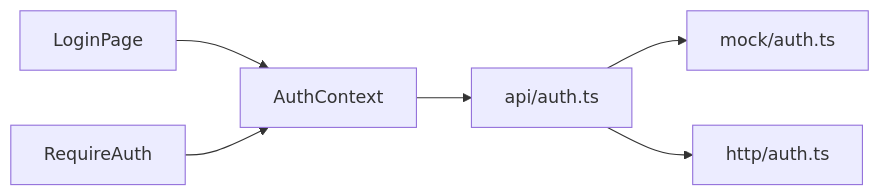
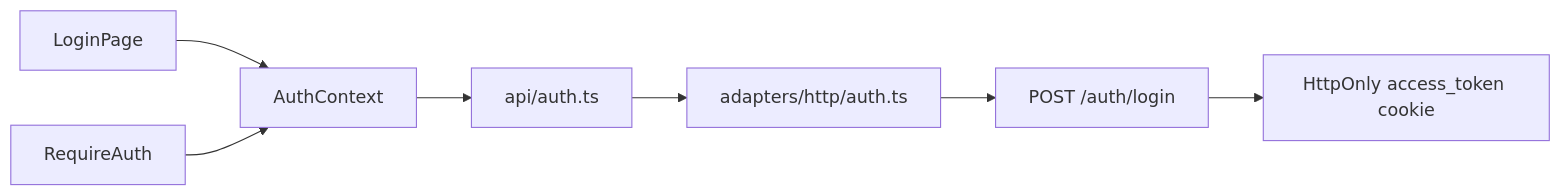
Before and after one commit to companyname-tech/client_booking_ai: the second of 2 diagrams in docs/ARCHITECTURE.md, drawn with Mermaid. The commit also changed other lines of this file and 147 other files, not shown here.

Commit message:
feat: full-app mock-data removal + real HTTP adapter wiring + settings parity + JWT auth + Lead Hub metrics fix

````diff
--- a/docs/ARCHITECTURE.md
+++ b/docs/ARCHITECTURE.md
@@ -30,8 +36,9 @@
 ```mermaid
 flowchart LR
   LoginPage --> AuthContext
   AuthContext --> AuthService[api/auth.ts]
-  AuthService --> MockAuth[mock/auth.ts]
-  AuthService --> HttpAuth[http/auth.ts]
+  AuthService --> HttpAuth[adapters/http/auth.ts]
+  HttpAuth --> Login[POST /auth/login]
+  Login --> Cookie[HttpOnly access_token cookie]
   RequireAuth --> AuthContext
 ```
````
